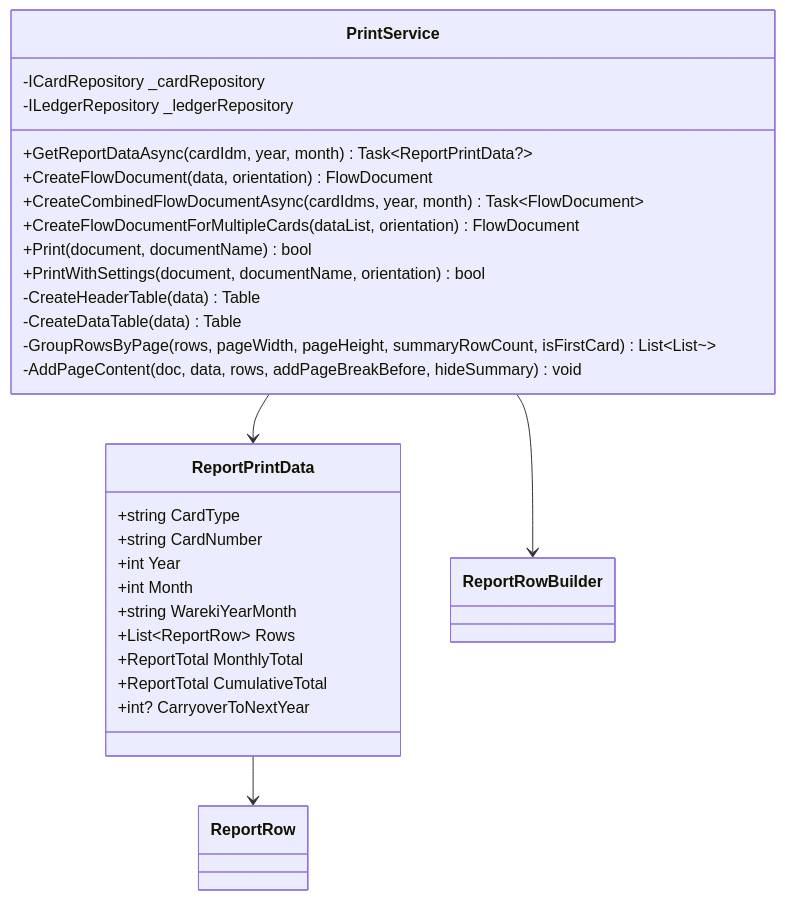
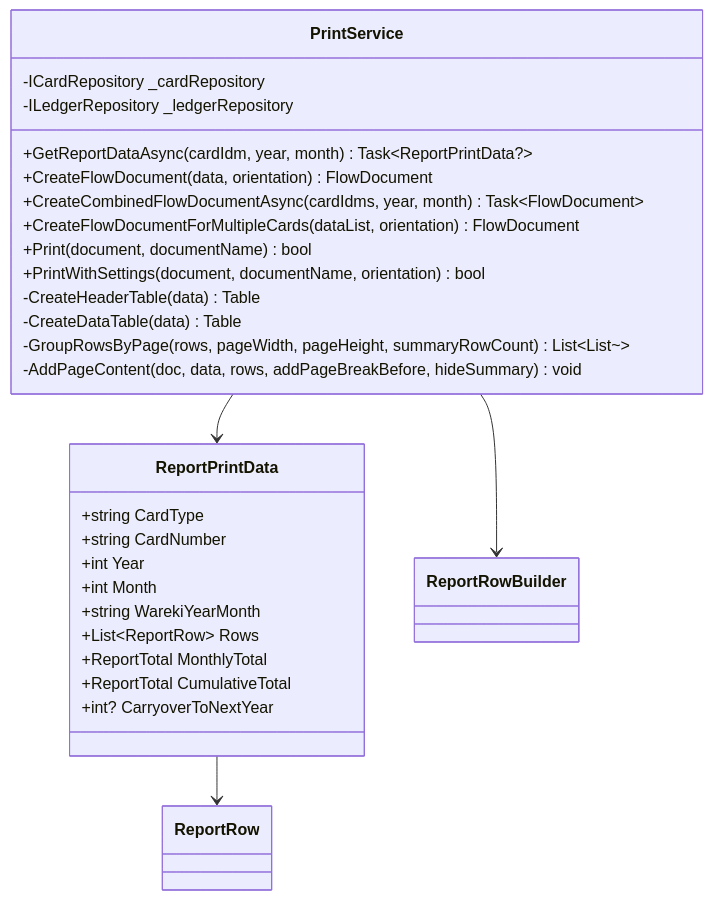
Diagram 14 of 51 in ICCardManager/docs/design/05_クラス設計書.md (kuwayamamasayuki/ICCardManager), drawn with Mermaid before and after one commit. The commit also changed 7 other files, not shown here.

````diff
--- a/ICCardManager/docs/design/05_クラス設計書.md
+++ b/ICCardManager/docs/design/05_クラス設計書.md
@@ -1083,33 +1083,33 @@
 ```mermaid
 classDiagram
     class PrintService {
         -ICardRepository _cardRepository
         -ILedgerRepository _ledgerRepository
         +GetReportDataAsync(cardIdm, year, month) Task~ReportPrintData?~
         +CreateFlowDocument(data, orientation) FlowDocument
         +CreateCombinedFlowDocumentAsync(cardIdms, year, month) Task~FlowDocument~
         +CreateFlowDocumentForMultipleCards(dataList, orientation) FlowDocument
         +Print(document, documentName) bool
         +PrintWithSettings(document, documentName, orientation) bool
         -CreateHeaderTable(data) Table
         -CreateDataTable(data) Table
-        -GroupRowsByPage(rows, pageWidth, pageHeight, summaryRowCount, isFirstCard) List~List~~
+        -GroupRowsByPage(rows, pageWidth, pageHeight, summaryRowCount) List~List~~
         -AddPageContent(doc, data, rows, addPageBreakBefore, hideSummary) void
     }
 
     class ReportPrintData {
         +string CardType
         +string CardNumber
         +int Year
         +int Month
         +string WarekiYearMonth
         +List~ReportRow~ Rows
         +ReportTotal MonthlyTotal
         +ReportTotal CumulativeTotal
         +int? CarryoverToNextYear
     }
 
     PrintService --> ReportPrintData
     PrintService --> ReportRowBuilder
     ReportPrintData --> ReportRow
 ```
````
